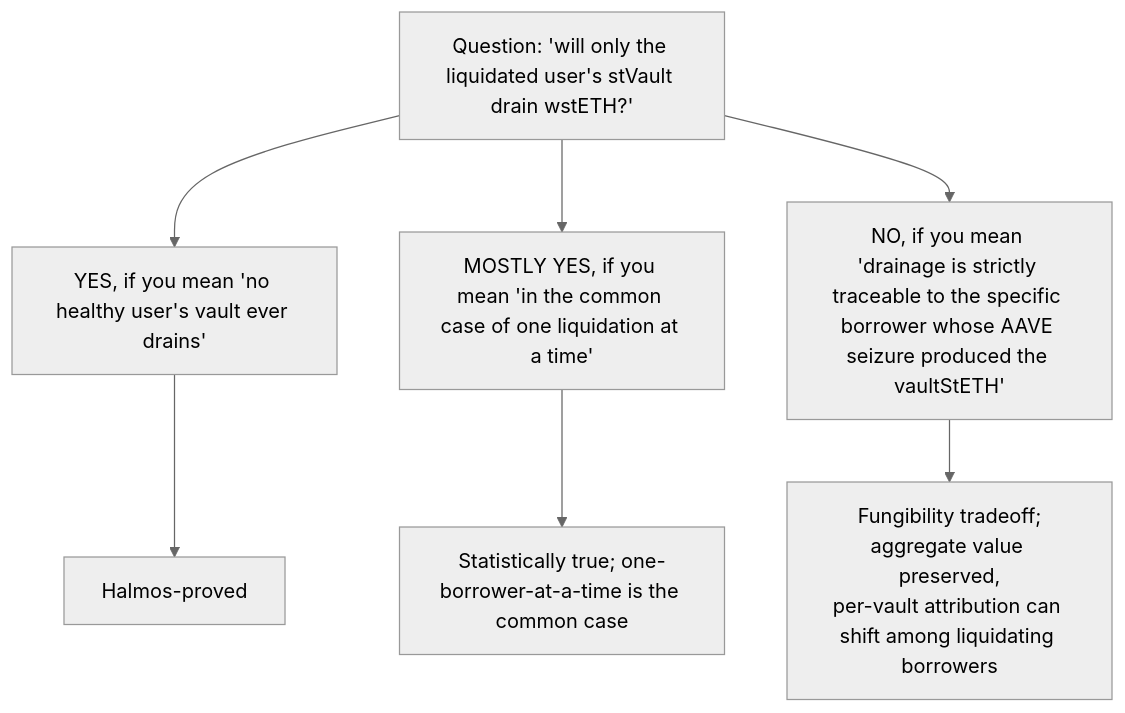
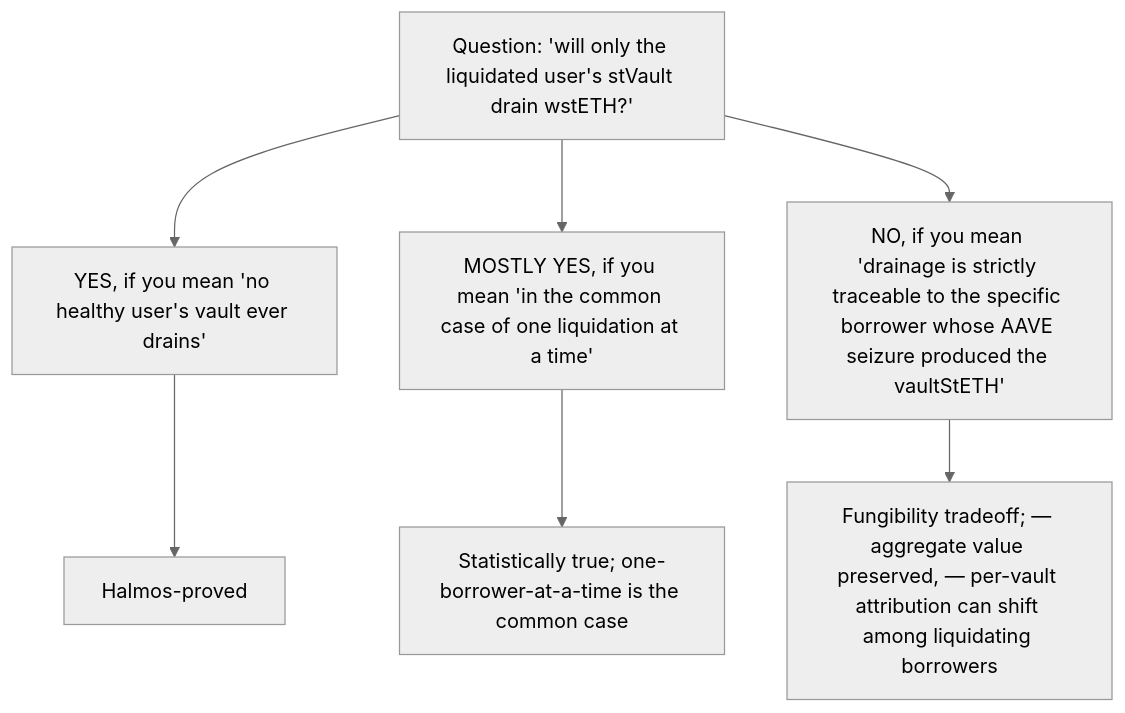
Before and after one commit to sanbir/vault-steth-adapter: the sixth of 6 diagrams in docs/Liquidation-guarantees.md, drawn with Mermaid (neutral theme). The commit also changed other lines of this file and 1 other file, not shown here.

First line of the commit message:
docs: fix Mermaid <br/> rendering errors in Architecture.md and Liquidation-guarantees.md

````diff
--- a/docs/Liquidation-guarantees.md
+++ b/docs/Liquidation-guarantees.md
@@ -210,11 +210,11 @@
 ```mermaid
 flowchart TB
     Q["Question: 'will only the liquidated user's stVault drain wstETH?'"]
     Q --> Y["YES, if you mean 'no healthy user's vault ever drains'"]
     Q --> P["MOSTLY YES, if you mean 'in the common case of one liquidation at a time'"]
     Q --> N["NO, if you mean 'drainage is strictly traceable to the specific borrower whose AAVE seizure produced the vaultStETH'"]
 
     Y --> Halmos["Halmos-proved"]
     P --> Common["Statistically true; one-borrower-at-a-time is the common case"]
-    N --> Tradeoff["Fungibility tradeoff;<br/>aggregate value preserved,<br/>per-vault attribution can shift among liquidating borrowers"]
+    N --> Tradeoff["Fungibility tradeoff; — aggregate value preserved, — per-vault attribution can shift among liquidating borrowers"]
 ```
````
